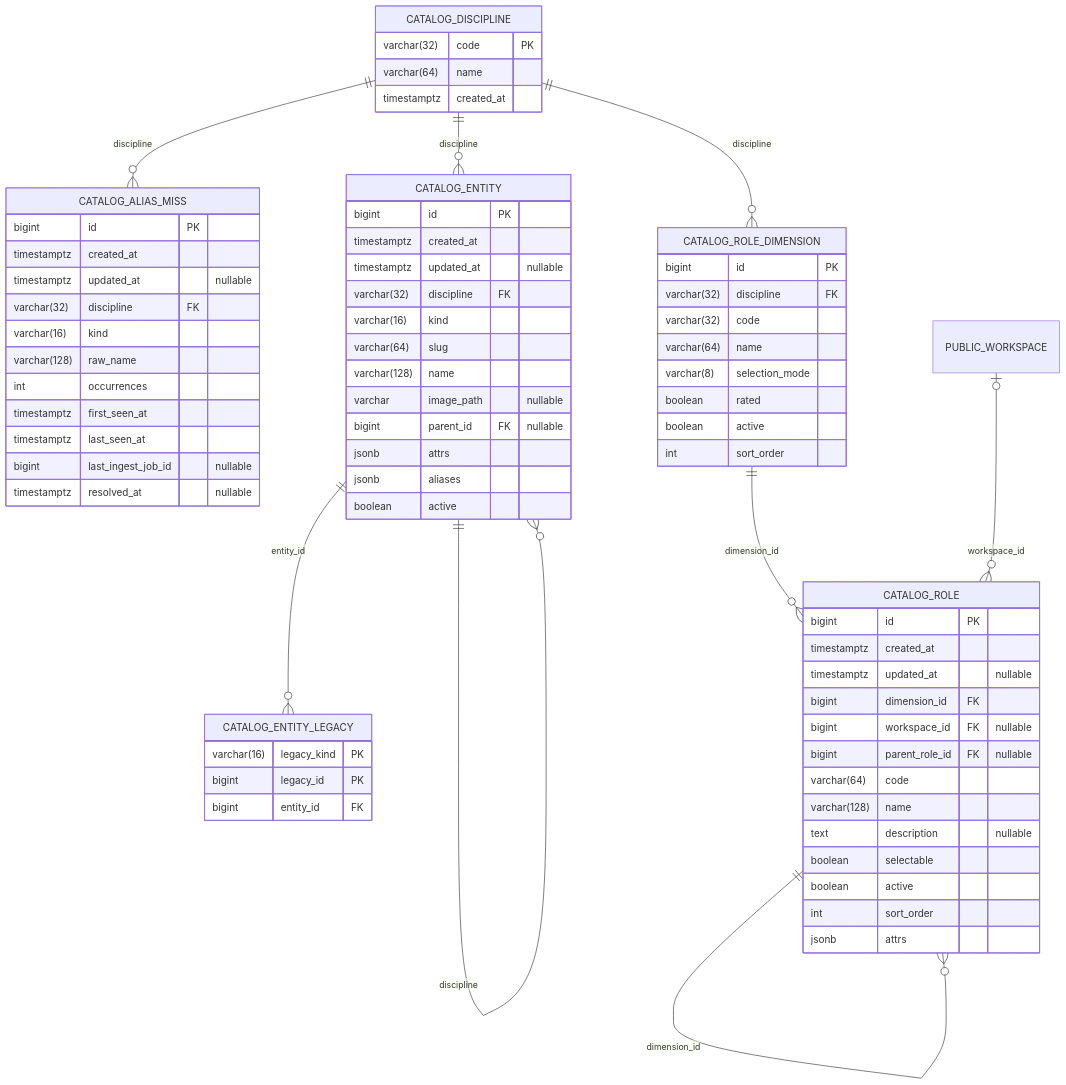
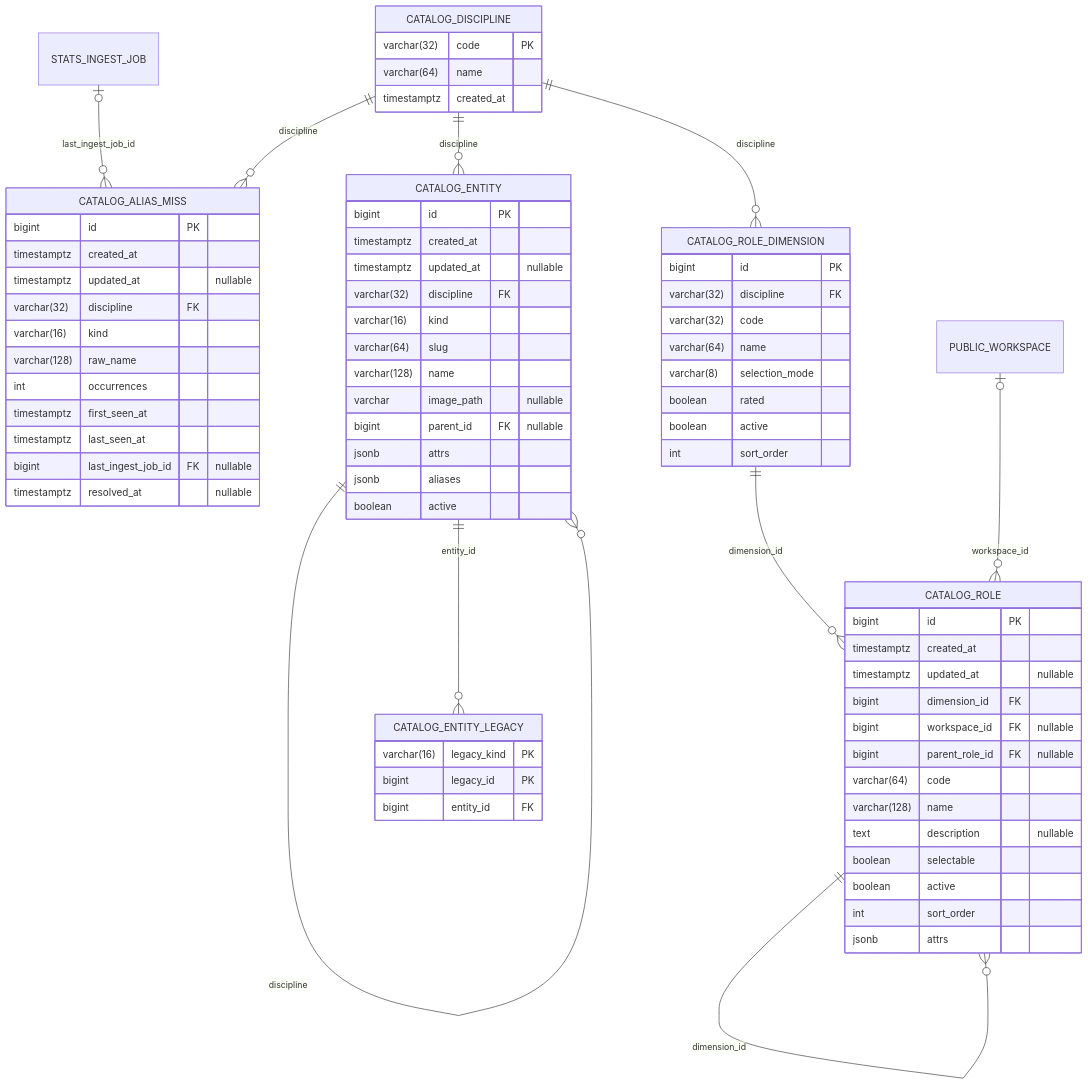
One commit to CraazzzyyFoxx/anak-tournaments changed the fifth of 20 diagrams in docs/database_erd.md. Above: the diagram before and after it, drawn with Mermaid. The commit also changed other lines of this file and 301 other files, not shown here.

````diff
--- a/docs/database_erd.md
+++ b/docs/database_erd.md
@@ -614,76 +616,77 @@
 ```mermaid
 erDiagram
     CATALOG_ALIAS_MISS {
         bigint id PK
         timestamptz created_at
         timestamptz updated_at "nullable"
         varchar(32) discipline FK
         varchar(16) kind
         varchar(128) raw_name
         int occurrences
         timestamptz first_seen_at
         timestamptz last_seen_at
-        bigint last_ingest_job_id "nullable"
+        bigint last_ingest_job_id FK "nullable"
         timestamptz resolved_at "nullable"
     }
     CATALOG_DISCIPLINE {
         varchar(32) code PK
         varchar(64) name
         timestamptz created_at
     }
     CATALOG_ENTITY {
         bigint id PK
         timestamptz created_at
         timestamptz updated_at "nullable"
         varchar(32) discipline FK
         varchar(16) kind
         varchar(64) slug
         varchar(128) name
         varchar image_path "nullable"
         bigint parent_id FK "nullable"
         jsonb attrs
         jsonb aliases
         boolean active
     }
     CATALOG_ENTITY_LEGACY {
         varchar(16) legacy_kind PK
         bigint legacy_id PK
         bigint entity_id FK
     }
     CATALOG_ROLE {
         bigint id PK
         timestamptz created_at
         timestamptz updated_at "nullable"
         bigint dimension_id FK
         bigint workspace_id FK "nullable"
         bigint parent_role_id FK "nullable"
         varchar(64) code
         varchar(128) name
         text description "nullable"
         boolean selectable
         boolean active
         int sort_order
         jsonb attrs
     }
     CATALOG_ROLE_DIMENSION {
         bigint id PK
         varchar(32) discipline FK
         varchar(32) code
         varchar(64) name
         varchar(8) selection_mode
         boolean rated
         boolean active
         int sort_order
     }
 
     CATALOG_DISCIPLINE ||--o{ CATALOG_ALIAS_MISS : "discipline"
     CATALOG_DISCIPLINE ||--o{ CATALOG_ENTITY : "discipline"
     CATALOG_DISCIPLINE ||--o{ CATALOG_ROLE_DIMENSION : "discipline"
     CATALOG_ENTITY |o--o{ CATALOG_ENTITY : "parent_id"
     CATALOG_ENTITY ||--o{ CATALOG_ENTITY : "discipline"
     CATALOG_ENTITY ||--o{ CATALOG_ENTITY_LEGACY : "entity_id"
     CATALOG_ROLE |o--o{ CATALOG_ROLE : "parent_role_id"
     CATALOG_ROLE ||--o{ CATALOG_ROLE : "dimension_id"
     CATALOG_ROLE_DIMENSION ||--o{ CATALOG_ROLE : "dimension_id"
     PUBLIC_WORKSPACE |o--o{ CATALOG_ROLE : "workspace_id"
+    STATS_INGEST_JOB |o--o{ CATALOG_ALIAS_MISS : "last_ingest_job_id"
 ```
````
